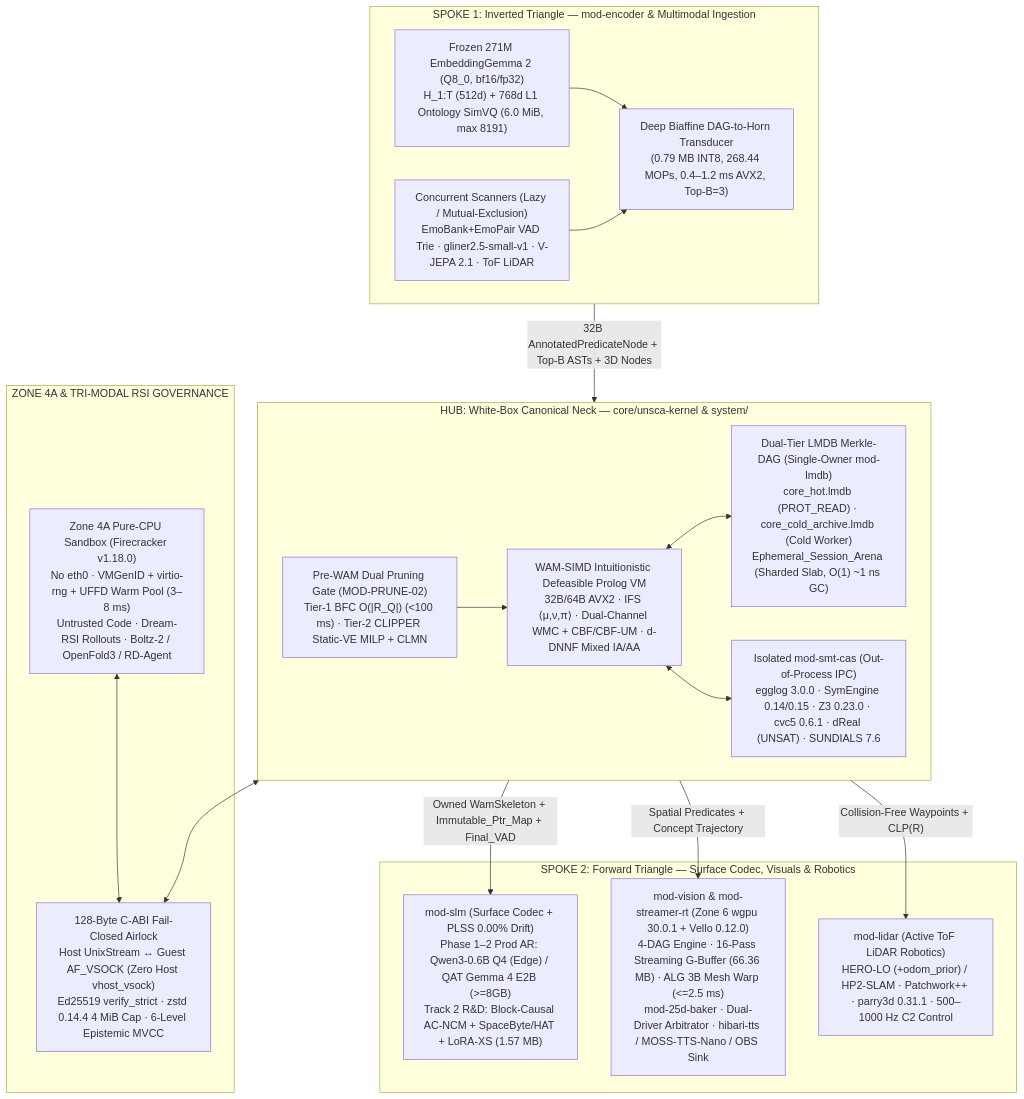
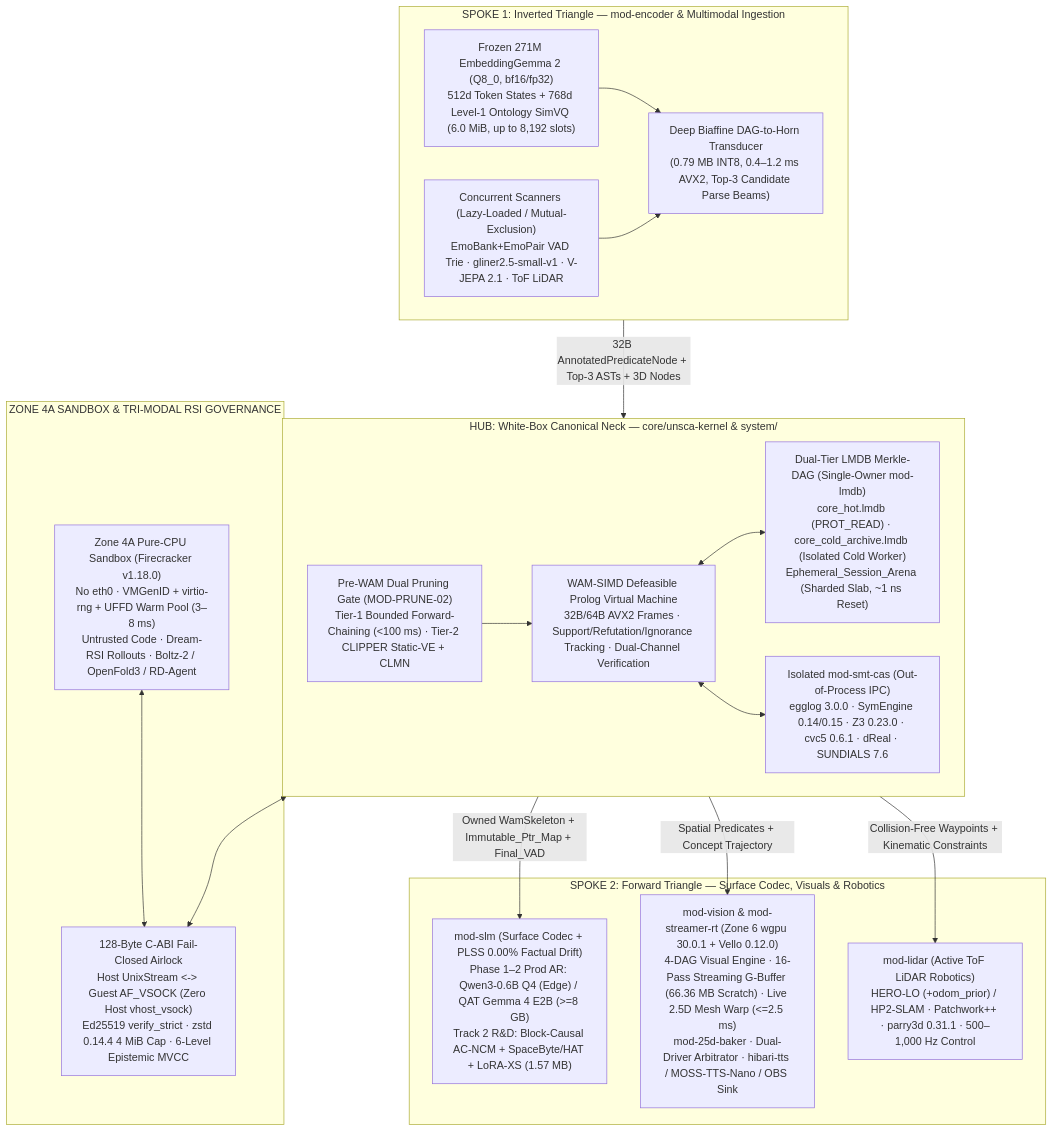
One commit to vuhoangquanhoctap-glitch/Takuma-1-Trinity changed the first of 16 diagrams in README.md. Above: the diagram before and after it, drawn with Mermaid. The commit also changed other lines of this file, not shown here.

````diff
--- a/README.md
+++ b/README.md
@@ -110,38 +100,38 @@
 ```mermaid
 flowchart TB
     subgraph S1["SPOKE 1: Inverted Triangle — mod-encoder & Multimodal Ingestion"]
-        ENC["Frozen 271M EmbeddingGemma 2 (Q8_0, bf16/fp32)<br/>H_1:T (512d) + 768d L1 Ontology SimVQ (6.0 MiB, max 8191)"]
-        BIA["Deep Biaffine DAG-to-Horn Transducer<br/>(0.79 MB INT8, 268.44 MOPs, 0.4–1.2 ms AVX2, Top-B=3)"]
-        SCN["Concurrent Scanners (Lazy / Mutual-Exclusion)<br/>EmoBank+EmoPair VAD Trie · gliner2.5-small-v1 · V-JEPA 2.1 · ToF LiDAR"]
+        ENC["Frozen 271M EmbeddingGemma 2 (Q8_0, bf16/fp32)<br/>512d Token States + 768d Level-1 Ontology SimVQ (6.0 MiB, up to 8,192 slots)"]
+        BIA["Deep Biaffine DAG-to-Horn Transducer<br/>(0.79 MB INT8, 0.4–1.2 ms AVX2, Top-3 Candidate Parse Beams)"]
+        SCN["Concurrent Scanners (Lazy-Loaded / Mutual-Exclusion)<br/>EmoBank+EmoPair VAD Trie · gliner2.5-small-v1 · V-JEPA 2.1 · ToF LiDAR"]
         ENC --> BIA
         SCN --> BIA
     end
 
     subgraph HUB["HUB: White-Box Canonical Neck — core/unsca-kernel & system/"]
-        PRUNE["Pre-WAM Dual Pruning Gate (MOD-PRUNE-02)<br/>Tier-1 BFC O(|R_Q|) (<100 ms) · Tier-2 CLIPPER Static-VE MILP + CLMN"]
-        WAM["WAM-SIMD Intuitionistic Defeasible Prolog VM<br/>32B/64B AVX2 · IFS ⟨μ,ν,π⟩ · Dual-Channel WMC + CBF/CBF-UM · d-DNNF Mixed IA/AA"]
-        MEM["Dual-Tier LMDB Merkle-DAG (Single-Owner mod-lmdb)<br/>core_hot.lmdb (PROT_READ) · core_cold_archive.lmdb (Cold Worker)<br/>Ephemeral_Session_Arena (Sharded Slab, O(1) ~1 ns GC)"]
-        SMT["Isolated mod-smt-cas (Out-of-Process IPC)<br/>egglog 3.0.0 · SymEngine 0.14/0.15 · Z3 0.23.0 · cvc5 0.6.1 · dReal (UNSAT) · SUNDIALS 7.6"]
+        PRUNE["Pre-WAM Dual Pruning Gate (MOD-PRUNE-02)<br/>Tier-1 Bounded Forward-Chaining (<100 ms) · Tier-2 CLIPPER Static-VE + CLMN"]
+        WAM["WAM-SIMD Defeasible Prolog Virtual Machine<br/>32B/64B AVX2 Frames · Support/Refutation/Ignorance Tracking · Dual-Channel Verification"]
+        MEM["Dual-Tier LMDB Merkle-DAG (Single-Owner mod-lmdb)<br/>core_hot.lmdb (PROT_READ) · core_cold_archive.lmdb (Isolated Cold Worker)<br/>Ephemeral_Session_Arena (Sharded Slab, ~1 ns Reset)"]
+        SMT["Isolated mod-smt-cas (Out-of-Process IPC)<br/>egglog 3.0.0 · SymEngine 0.14/0.15 · Z3 0.23.0 · cvc5 0.6.1 · dReal · SUNDIALS 7.6"]
         PRUNE --> WAM
         WAM <--> MEM
         WAM <--> SMT
     end
 
     subgraph S2["SPOKE 2: Forward Triangle — Surface Codec, Visuals & Robotics"]
-        SLM["mod-slm (Surface Codec + PLSS 0.00% Drift)<br/>Phase 1–2 Prod AR: Qwen3-0.6B Q4 (Edge) / QAT Gemma 4 E2B (>=8GB)<br/>Track 2 R&D: Block-Causal AC-NCM + SpaceByte/HAT + LoRA-XS (1.57 MB)"]
-        VIS["mod-vision & mod-streamer-rt (Zone 6 wgpu 30.0.1 + Vello 0.12.0)<br/>4-DAG Engine · 16-Pass Streaming G-Buffer (66.36 MB) · ALG 3B Mesh Warp (<=2.5 ms)<br/>mod-25d-baker · Dual-Driver Arbitrator · hibari-tts / MOSS-TTS-Nano / OBS Sink"]
-        ROB["mod-lidar (Active ToF LiDAR Robotics)<br/>HERO-LO (+odom_prior) / HP2-SLAM · Patchwork++ · parry3d 0.31.1 · 500–1000 Hz C2 Control"]
+        SLM["mod-slm (Surface Codec + PLSS 0.00% Factual Drift)<br/>Phase 1–2 Prod AR: Qwen3-0.6B Q4 (Edge) / QAT Gemma 4 E2B (>=8 GB)<br/>Track 2 R&D: Block-Causal AC-NCM + SpaceByte/HAT + LoRA-XS (1.57 MB)"]
+        VIS["mod-vision & mod-streamer-rt (Zone 6 wgpu 30.0.1 + Vello 0.12.0)<br/>4-DAG Visual Engine · 16-Pass Streaming G-Buffer (66.36 MB Scratch) · Live 2.5D Mesh Warp (<=2.5 ms)<br/>mod-25d-baker · Dual-Driver Arbitrator · hibari-tts / MOSS-TTS-Nano / OBS Sink"]
+        ROB["mod-lidar (Active ToF LiDAR Robotics)<br/>HERO-LO (+odom_prior) / HP2-SLAM · Patchwork++ · parry3d 0.31.1 · 500–1,000 Hz Control"]
     end
 
-    subgraph SEC["ZONE 4A & TRI-MODAL RSI GOVERNANCE"]
+    subgraph SEC["ZONE 4A SANDBOX & TRI-MODAL RSI GOVERNANCE"]
         Z4A["Zone 4A Pure-CPU Sandbox (Firecracker v1.18.0)<br/>No eth0 · VMGenID + virtio-rng + UFFD Warm Pool (3–8 ms)<br/>Untrusted Code · Dream-RSI Rollouts · Boltz-2 / OpenFold3 / RD-Agent"]
-        AIR["128-Byte C-ABI Fail-Closed Airlock<br/>Host UnixStream ↔ Guest AF_VSOCK (Zero Host vhost_vsock)<br/>Ed25519 verify_strict · zstd 0.14.4 4 MiB Cap · 6-Level Epistemic MVCC"]
+        AIR["128-Byte C-ABI Fail-Closed Airlock<br/>Host UnixStream <-> Guest AF_VSOCK (Zero Host vhost_vsock)<br/>Ed25519 verify_strict · zstd 0.14.4 4 MiB Cap · 6-Level Epistemic MVCC"]
         Z4A <--> AIR
     end
 
-    S1 -- "32B AnnotatedPredicateNode + Top-B ASTs + 3D Nodes" --> HUB
+    S1 -- "32B AnnotatedPredicateNode + Top-3 ASTs + 3D Nodes" --> HUB
     HUB -- "Owned WamSkeleton + Immutable_Ptr_Map + Final_VAD" --> SLM
     HUB -- "Spatial Predicates + Concept Trajectory" --> VIS
-    HUB -- "Collision-Free Waypoints + CLP(R)" --> ROB
+    HUB -- "Collision-Free Waypoints + Kinematic Constraints" --> ROB
     HUB <--> AIR
 ```
````
